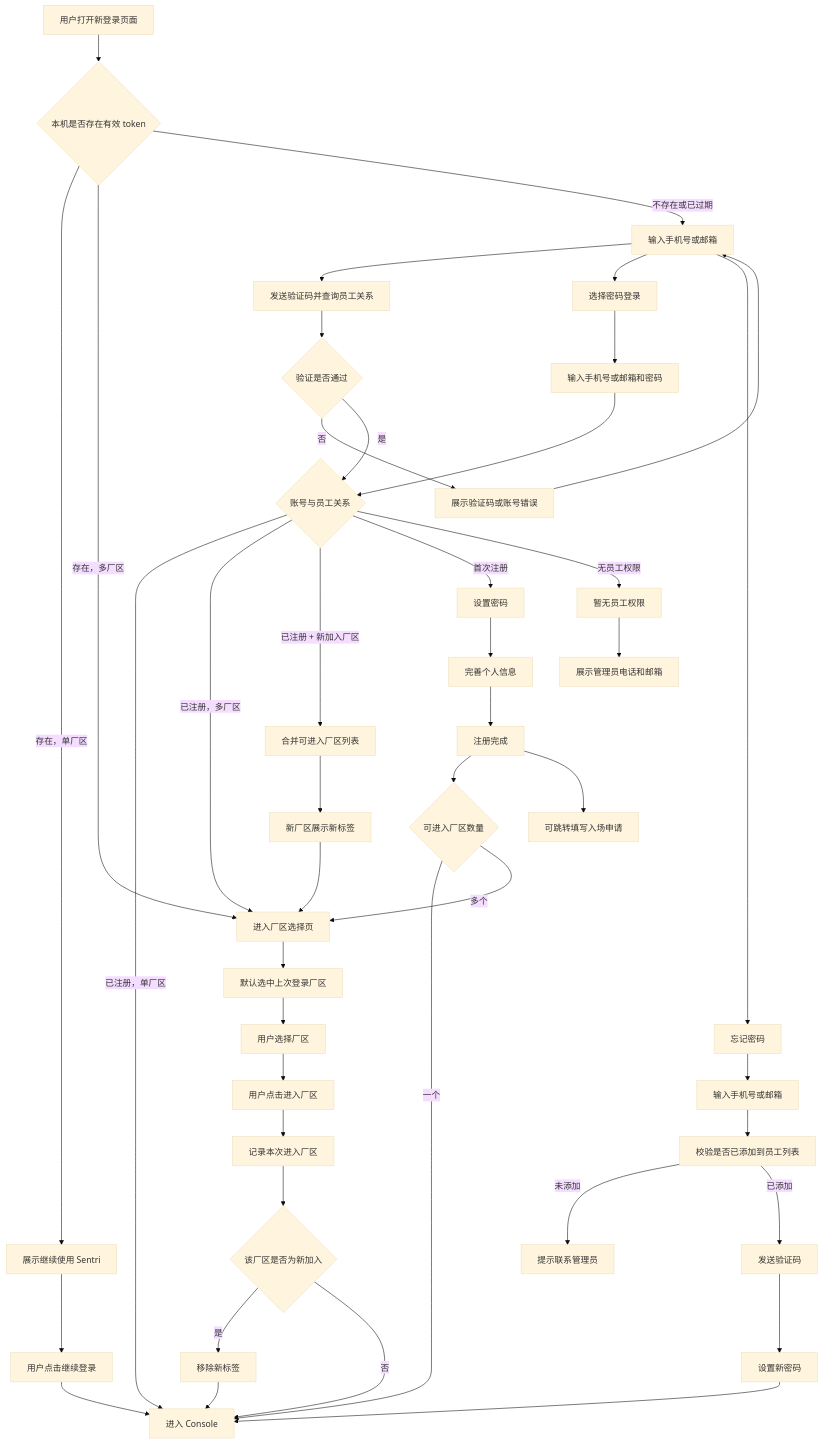
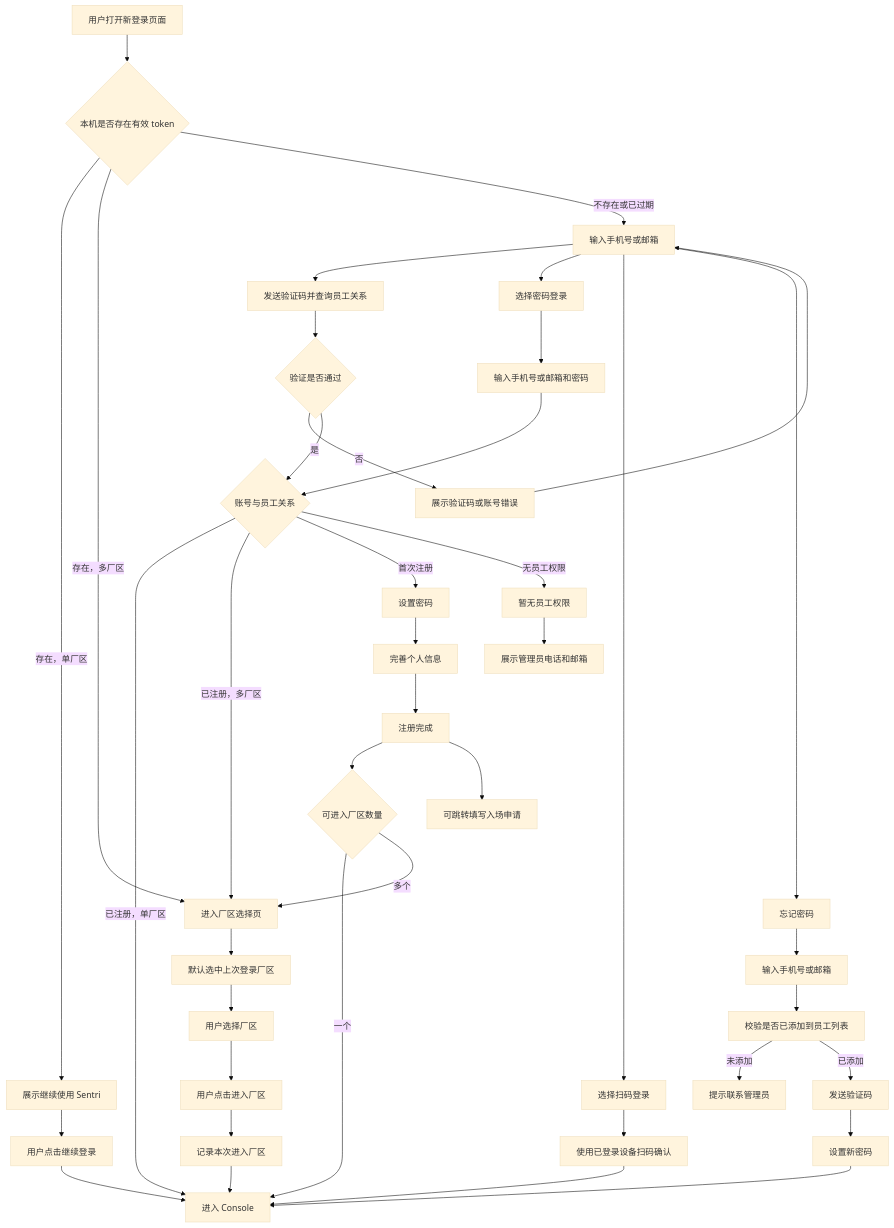
One commit to 91Dhua/Vaccine changed the first of 2 diagrams in prds/saas-login/04-新登录流程-PRD.md. Above: the diagram before and after it, drawn with Mermaid (base theme). The commit also changed other lines of this file and 38 other files, not shown here.

````diff
--- a/prds/saas-login/04-新登录流程-PRD.md
+++ b/prds/saas-login/04-新登录流程-PRD.md
@@ -80,54 +80,52 @@
 ```mermaid
 flowchart TD
   A["用户打开新登录页面"] --> B{"本机是否存在有效 token"}
 
   B -- "存在，单厂区" --> C["展示继续使用 Sentri"]
   C --> C1["用户点击继续登录"]
   C1 --> Z["进入 Console"]
 
   B -- "存在，多厂区" --> D["进入厂区选择页"]
   D --> D1["默认选中上次登录厂区"]
   D1 --> D2["用户选择厂区"]
   D2 --> D3["用户点击进入厂区"]
   D3 --> D4["记录本次进入厂区"]
-  D4 --> D5{"该厂区是否为新加入"}
-  D5 -- "是" --> D6["移除新标签"]
-  D5 -- "否" --> Z
-  D6 --> Z
+  D4 --> Z
 
   B -- "不存在或已过期" --> E["输入手机号或邮箱"]
   E --> F["发送验证码并查询员工关系"]
   F --> G{"验证是否通过"}
   G -- "否" --> G1["展示验证码或账号错误"]
   G1 --> E
 
   G -- "是" --> H{"账号与员工关系"}
   H -- "已注册，单厂区" --> Z
   H -- "已注册，多厂区" --> D
-  H -- "已注册 + 新加入厂区" --> H1["合并可进入厂区列表"]
-  H1 --> H2["新厂区展示新标签"]
-  H2 --> D
 
   H -- "首次注册" --> I["设置密码"]
   I --> J["完善个人信息"]
   J --> K["注册完成"]
   K --> K1{"可进入厂区数量"}
   K1 -- "一个" --> Z
   K1 -- "多个" --> D
   K --> K2["可跳转填写入场申请"]
 
   H -- "无员工权限" --> L["暂无员工权限"]
   L --> L1["展示管理员电话和邮箱"]
 
   E --> M["选择密码登录"]
   M --> M1["输入手机号或邮箱和密码"]
   M1 --> H
 
+  E --> P["选择扫码登录"]
+  P --> P1["使用已登录设备扫码确认"]
+  P1 --> Z
+
   E --> N["忘记密码"]
   N --> N1["输入手机号或邮箱"]
   N1 --> N2["校验是否已添加到员工列表"]
   N2 -- "未添加" --> N3["提示联系管理员"]
   N2 -- "已添加" --> N4["发送验证码"]
   N4 --> N5["设置新密码"]
   N5 --> Z
 ```
````
